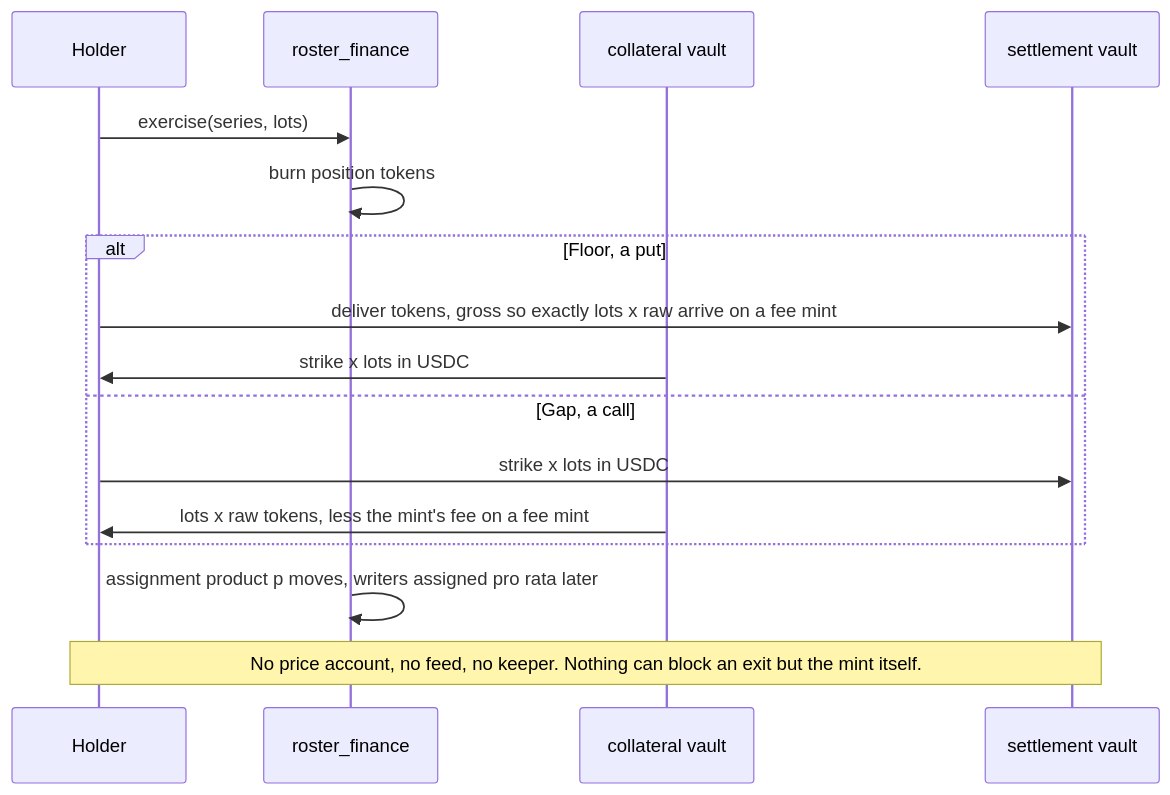
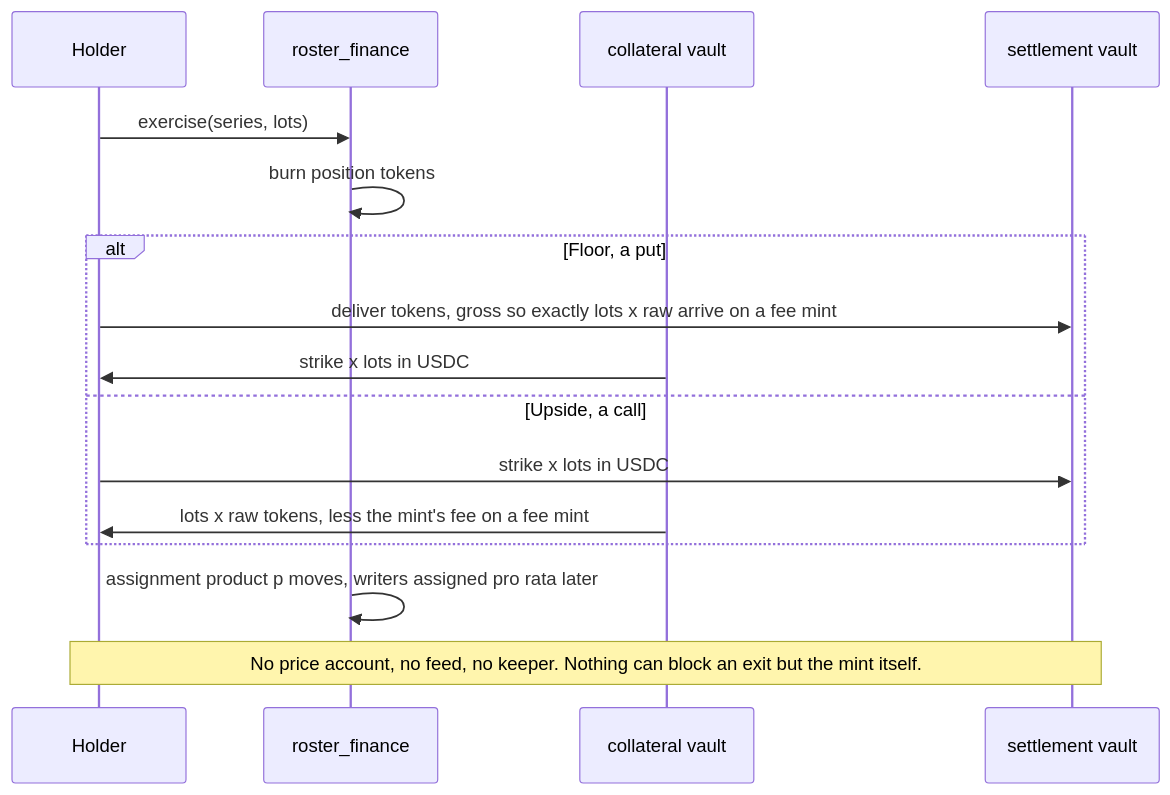
One commit to Adityaakr/roster-stock-options changed the fourth of 7 diagrams in README.md. Above: the diagram before and after it, drawn with Mermaid. The commit also changed other lines of this file and 24 other files, not shown here.

First line of the commit message:
Rename Gap to Upside everywhere it is a product name

````diff
--- a/README.md
+++ b/README.md
@@ -179,18 +179,18 @@
 ```mermaid
 sequenceDiagram
     participant H as Holder
     participant PR as roster_finance
     participant CV as collateral vault
     participant SV as settlement vault
     H->>PR: exercise(series, lots)
     PR->>PR: burn position tokens
     alt Floor, a put
         H->>SV: deliver tokens, gross so exactly lots x raw arrive on a fee mint
         CV->>H: strike x lots in USDC
-    else Gap, a call
+    else Upside, a call
         H->>SV: strike x lots in USDC
         CV->>H: lots x raw tokens, less the mint's fee on a fee mint
     end
     PR->>PR: assignment product p moves, writers assigned pro rata later
     Note over H,SV: No price account, no feed, no keeper. Nothing can block an exit but the mint itself.
 ```
````
